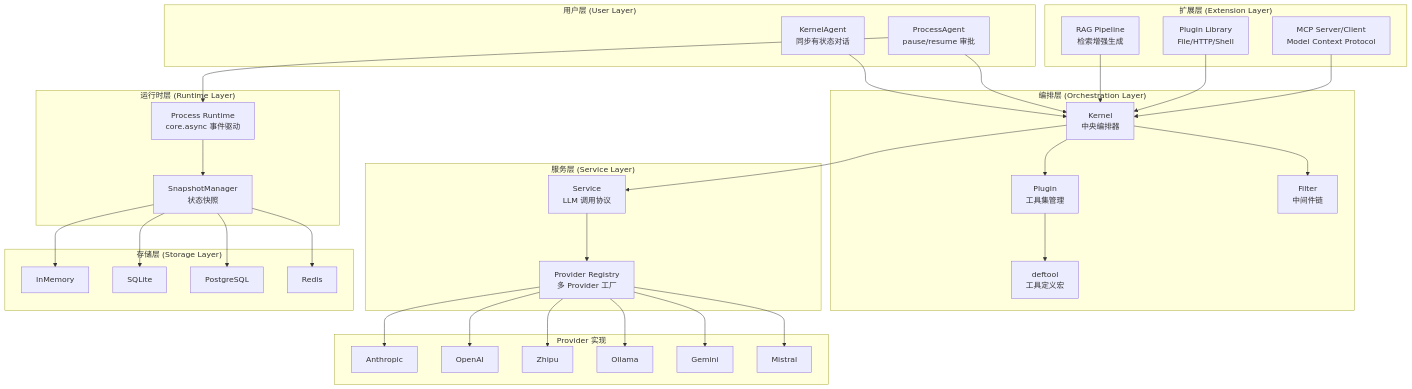
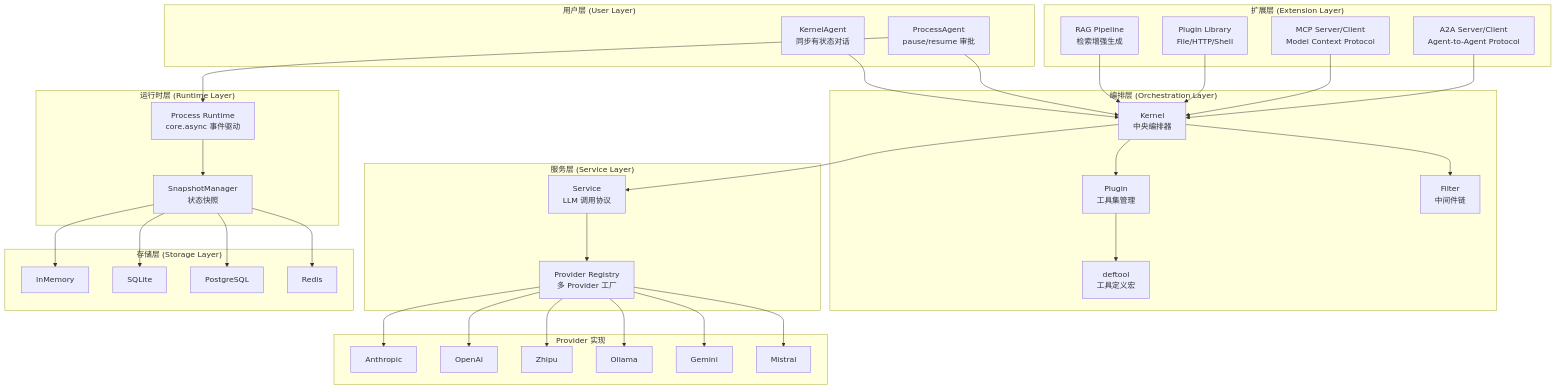
Before and after one commit to TTalkPro/clj-agent: the first of 2 diagrams in README.md, drawn with Mermaid. The commit also changed other lines of this file and 12 other files, not shown here.

````diff
--- a/README.md
+++ b/README.md
@@ -54,61 +55,63 @@
 ```mermaid
 graph TB
     subgraph "用户层 (User Layer)"
         KA[KernelAgent<br/>同步有状态对话]
         PA[ProcessAgent<br/>pause/resume 审批]
     end
 
     subgraph "编排层 (Orchestration Layer)"
         K[Kernel<br/>中央编排器]
         P[Plugin<br/>工具集管理]
         F[Filter<br/>中间件链]
         T[deftool<br/>工具定义宏]
     end
 
     subgraph "服务层 (Service Layer)"
         S[Service<br/>LLM 调用协议]
         PR[Provider Registry<br/>多 Provider 工厂]
     end
 
     subgraph "Provider 实现"
         AN[Anthropic]
         OA[OpenAI]
         ZP[Zhipu]
         OL[Ollama]
         GM[Gemini]
         MS[Mistral]
     end
 
     subgraph "运行时层 (Runtime Layer)"
         RT[Process Runtime<br/>core.async 事件驱动]
         SM[SnapshotManager<br/>状态快照]
     end
 
     subgraph "存储层 (Storage Layer)"
         MEM[InMemory]
         SQL[SQLite]
         PG[PostgreSQL]
         RD[Redis]
     end
 
     subgraph "扩展层 (Extension Layer)"
         RAG[RAG Pipeline<br/>检索增强生成]
         MCP[MCP Server/Client<br/>Model Context Protocol]
+        A2A[A2A Server/Client<br/>Agent-to-Agent Protocol]
         PLG[Plugin Library<br/>File/HTTP/Shell]
     end
 
     KA --> K
     PA --> K
     PA --> RT
     K --> P
     K --> F
     K --> S
     P --> T
     S --> PR
     PR --> AN & OA & ZP & OL & GM & MS
     RT --> SM
     SM --> MEM & SQL & PG & RD
     RAG --> K
     PLG --> K
     MCP --> K
+    A2A --> K
 ```
````
